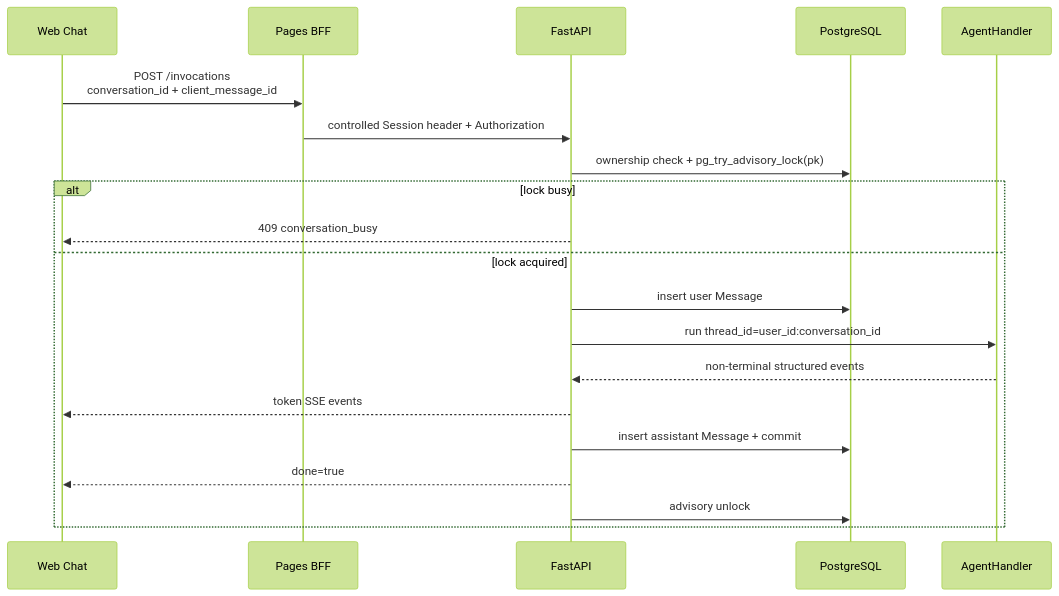
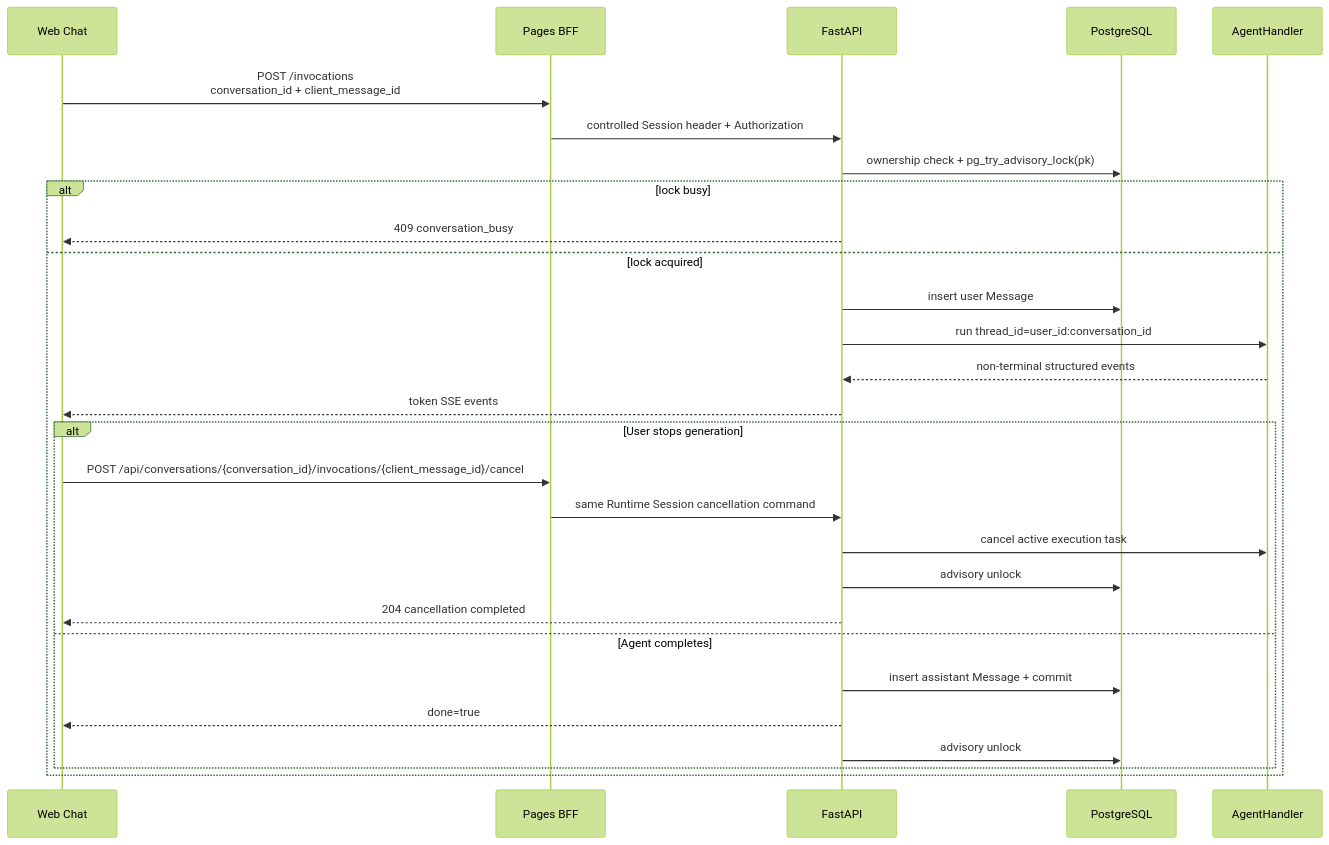
The third of 3 diagrams in personal-assistant-meta/architecture/session-state-management.md (T-1009/personal-assistant), drawn with Mermaid (forest theme) before and after one commit. The commit also changed other lines of this file and 22 other files, not shown here.

First line of the commit message:
feat: add explicit invocation cancellation to release conversation lock on stop

````diff
--- a/personal-assistant-meta/architecture/session-state-management.md
+++ b/personal-assistant-meta/architecture/session-state-management.md
@@ -146,23 +146,31 @@
 ```mermaid
 sequenceDiagram
     participant UI as Web Chat
     participant BFF as Pages BFF
     participant API as FastAPI
     participant DB as PostgreSQL
     participant Agent as AgentHandler
 
     UI->>BFF: POST /invocations<br/>conversation_id + client_message_id
     BFF->>API: controlled Session header + Authorization
     API->>DB: ownership check + pg_try_advisory_lock(pk)
     alt lock busy
         API-->>UI: 409 conversation_busy
     else lock acquired
         API->>DB: insert user Message
         API->>Agent: run thread_id=user_id:conversation_id
         Agent-->>API: non-terminal structured events
         API-->>UI: token SSE events
-        API->>DB: insert assistant Message + commit
-        API-->>UI: done=true
-        API->>DB: advisory unlock
+        alt User stops generation
+            UI->>BFF: POST /api/conversations/{conversation_id}/invocations/{client_message_id}/cancel
+            BFF->>API: same Runtime Session cancellation command
+            API->>Agent: cancel active execution task
+            API->>DB: advisory unlock
+            API-->>UI: 204 cancellation completed
+        else Agent completes
+            API->>DB: insert assistant Message + commit
+            API-->>UI: done=true
+            API->>DB: advisory unlock
+        end
     end
 ```
````
